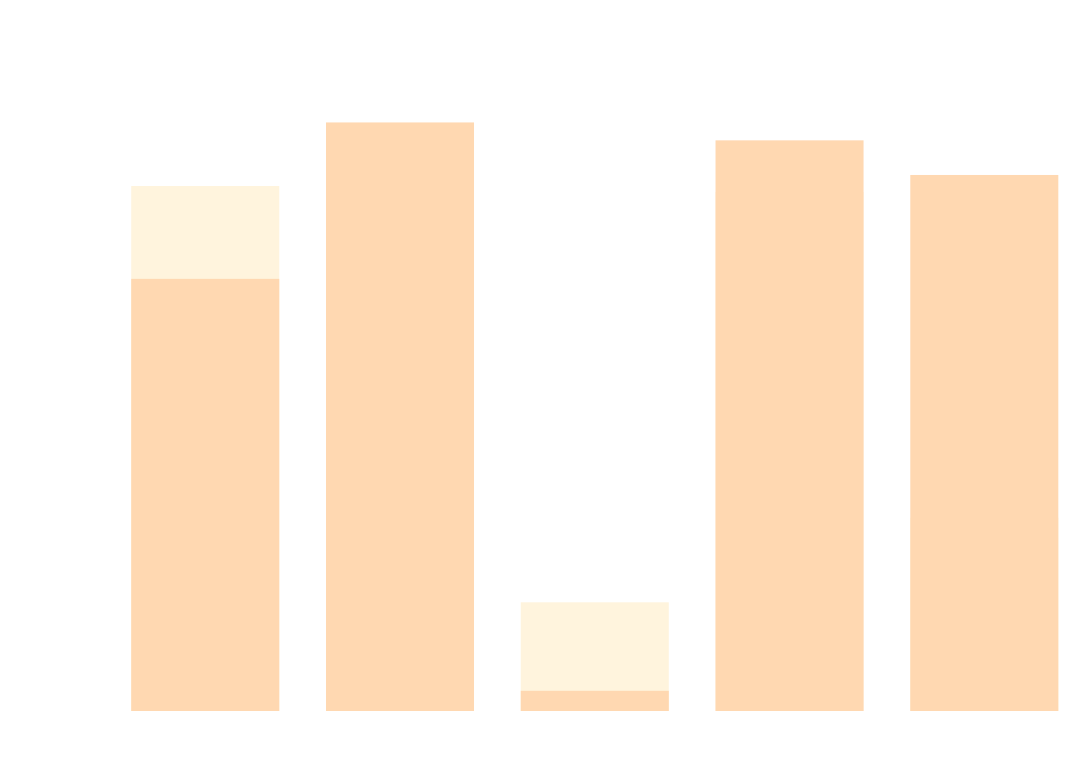
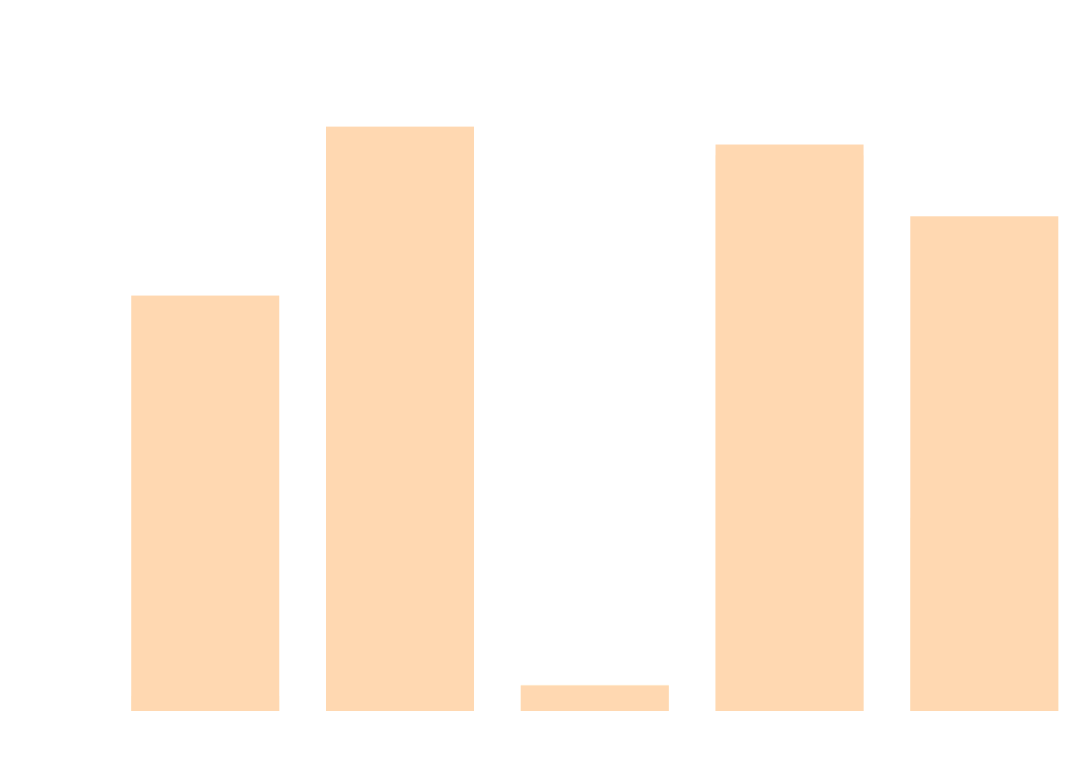
The second of 15 diagrams in README.md (abhijit-ubale/JBL_stuff), drawn with Mermaid before and after one commit. The commit also changed other lines of this file and 43 other files, not shown here.

````diff
--- a/README.md
+++ b/README.md
@@ -108,23 +108,23 @@
 ```mermaid
 %%{init: {
   'theme': 'base',
   'themeVariables': {
     'primaryColor': '#2563EB',
     'primaryTextColor': '#FFFFFF',
     'primaryBorderColor': '#1D4ED8',
     'lineColor': '#374151',
     'secondaryColor': '#059669',
     'tertiaryColor': '#DC2626',
     'background': '#FFFFFF',
     'mainBkg': '#F8FAFC',
     'fontFamily': 'Inter, system-ui, sans-serif',
     'fontSize': '14px'
   }
 }}%%
 xychart-beta
     title "Healthcare CRL Framework: Performance Comparison"
     x-axis ["Cost ($K)", "Service Level (%)", "Recovery (Days)", "Reliability (%)", "Adaptability (%)"]
     y-axis "Metric Values" 0 --> 100
-    bar "Traditional Baseline" [85.551, 86.01, 15.82, 84.54, 30.0]
-    bar "CRL Framework" [70.0, 96.2, 1.0, 93.2, 87.4]
+  bar "Traditional Baseline" [0.129, 90.69, 2.00, 90.69, 30.0]
+  bar "CRL Framework" [67.2, 95.50, 1.88, 92.50, 80.48]
 ```
````
